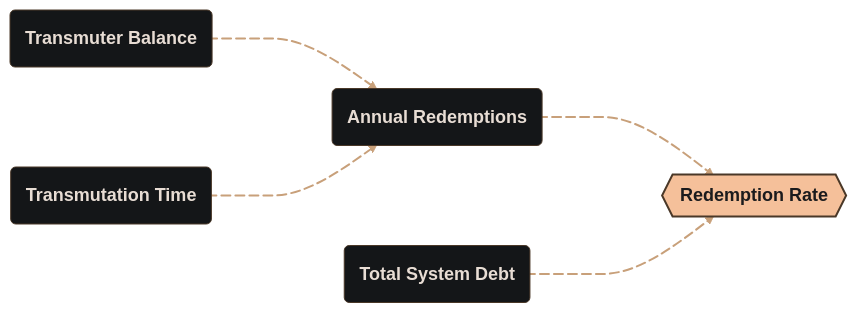
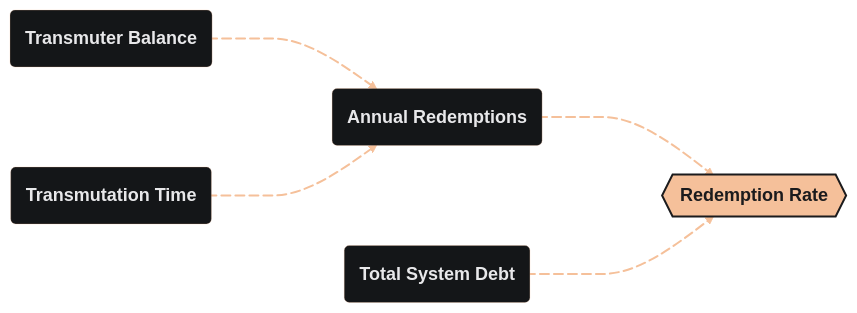
Before and after one commit to alchemix-finance/alchemix-v3-docs: the first of 3 diagrams in docs/user/concepts/redemption-rate.md, drawn with Mermaid. The commit also changed other lines of this file and 18 other files, not shown here.

````diff
--- a/docs/user/concepts/redemption-rate.md
+++ b/docs/user/concepts/redemption-rate.md
@@ -28,44 +28,44 @@
 ```mermaid
 %%{init: {
   'theme': 'base',
   'themeVariables': {
     'fontFamily': 'Montserrat',
     'primaryColor': '#141618',
-    'primaryBorderColor': '#4a3828',
-    'primaryTextColor': '#e8ddd4',
-    'lineColor': '#c8a07a',
+    'primaryBorderColor': 'rgba(245,192,154,0.25)',
+    'primaryTextColor': '#e8e8ea',
+    'lineColor': '#f5c09a',
     'edgeLabelBackground': '#0d0e10',
     'tertiaryColor': '#141618',
     'fontSize': '18px'
   },
   'flowchart': {
     'curve': 'monotoneX',
     'nodeSpacing': 100,
     'rankSpacing': 120
   }
 }}%%
 flowchart LR
     %% Font Weights
     classDef default font-weight:bold;
 
     %% Inputs
     A(Transmuter Balance)
     B(Transmutation Time)
     C(Total System Debt)
     D(Annual Redemptions)
     E{{Redemption Rate}}
 
     %% Connections
     A e1@--> D
     B e2@--> D
     D e3@--> E
     C e4@--> E
 
     %% Styling
-    style E fill:#f5c09a,stroke:#4a3828,stroke-width:2px,color:#1b1b1d
-    linkStyle 0,1,2,3 stroke:#c8a07a,stroke-width:2px
+    style E fill:#f5c09a,stroke:#1b1b1d,stroke-width:2px,color:#1b1b1d
+    linkStyle 0,1,2,3 stroke:#f5c09a,stroke-width:2px
     e1@{ animation: slow }
     e2@{ animation: slow }
     e3@{ animation: fast }
     e4@{ animation: slow }
 ```
````
